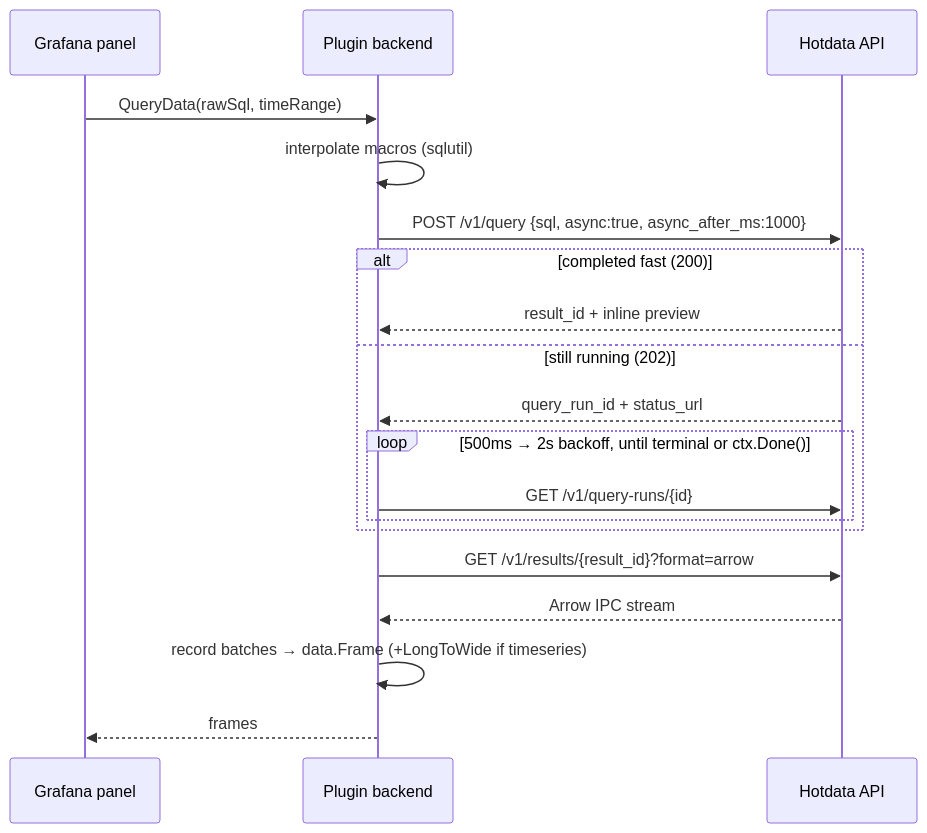
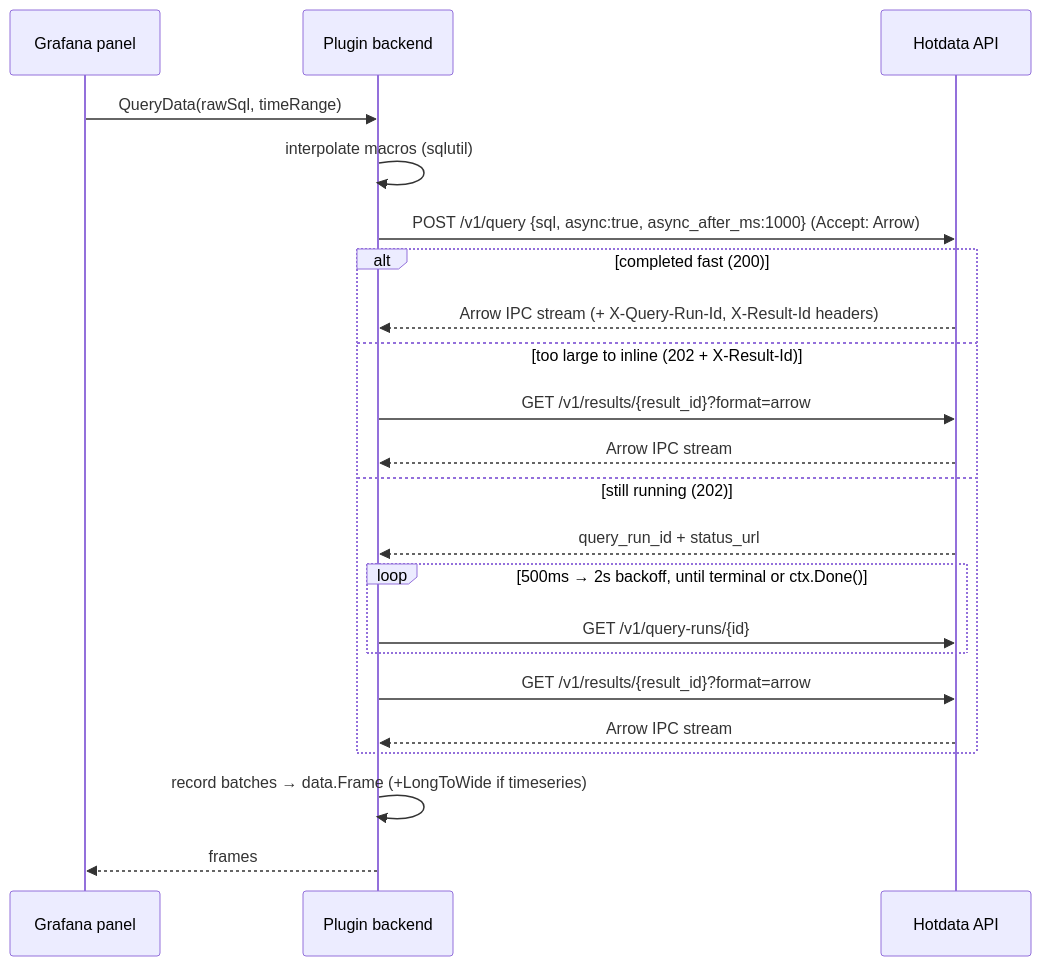
One commit to hotdata-dev/hotdata-grafana-datasource changed the diagram in SPEC.md. Above: the diagram before and after it, drawn with Mermaid. The commit also changed other lines of this file and 6 other files, not shown here.

First line of the commit message:
Use latest Hotdata API: inline Arrow query results, pagination, error_message (#66)

````diff
--- a/SPEC.md
+++ b/SPEC.md
@@ -72,21 +71,24 @@
 ```mermaid
 sequenceDiagram
     participant G as Grafana panel
     participant P as Plugin backend
     participant H as Hotdata API
     G->>P: QueryData(rawSql, timeRange)
     P->>P: interpolate macros (sqlutil)
-    P->>H: POST /v1/query {sql, async:true, async_after_ms:1000}
+    P->>H: POST /v1/query {sql, async:true, async_after_ms:1000} (Accept: Arrow)
     alt completed fast (200)
-        H-->>P: result_id + inline preview
+        H-->>P: Arrow IPC stream (+ X-Query-Run-Id, X-Result-Id headers)
+    else too large to inline (202 + X-Result-Id)
+        P->>H: GET /v1/results/{result_id}?format=arrow
+        H-->>P: Arrow IPC stream
     else still running (202)
         H-->>P: query_run_id + status_url
         loop 500ms → 2s backoff, until terminal or ctx.Done()
             P->>H: GET /v1/query-runs/{id}
         end
+        P->>H: GET /v1/results/{result_id}?format=arrow
+        H-->>P: Arrow IPC stream
     end
-    P->>H: GET /v1/results/{result_id}?format=arrow
-    H-->>P: Arrow IPC stream
     P->>P: record batches → data.Frame (+LongToWide if timeseries)
     P-->>G: frames
 ```
````
